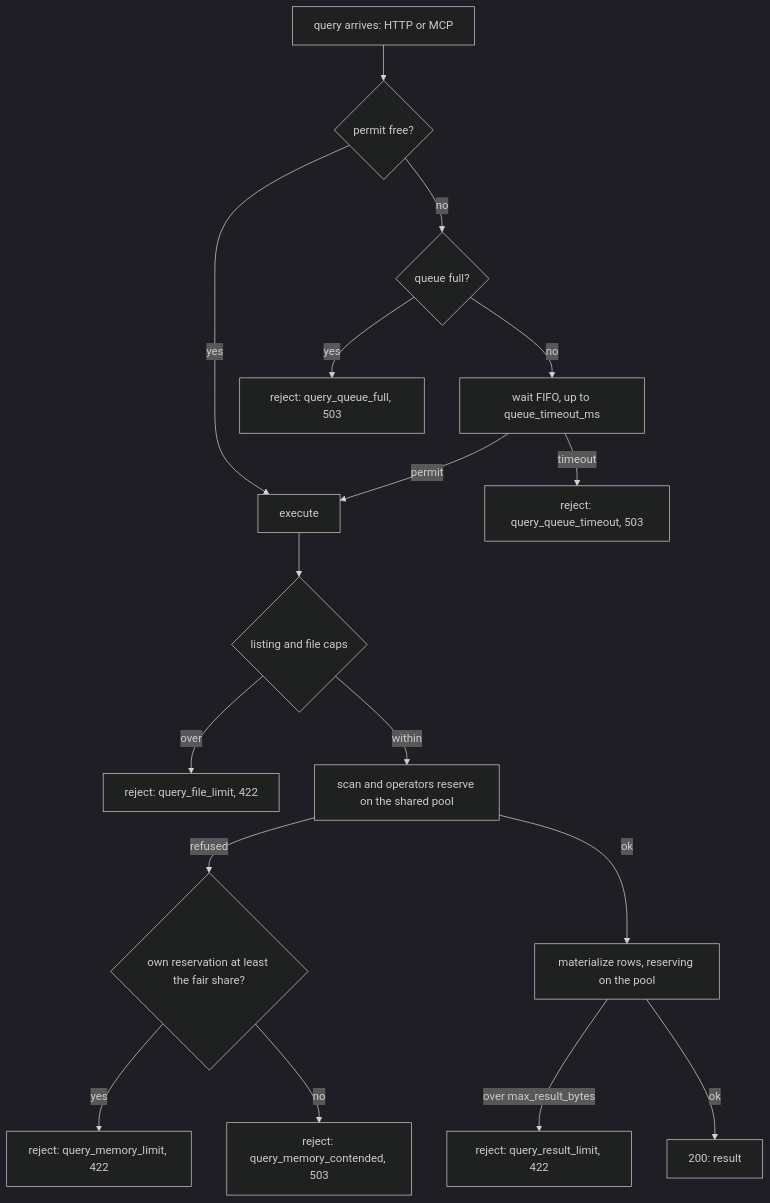
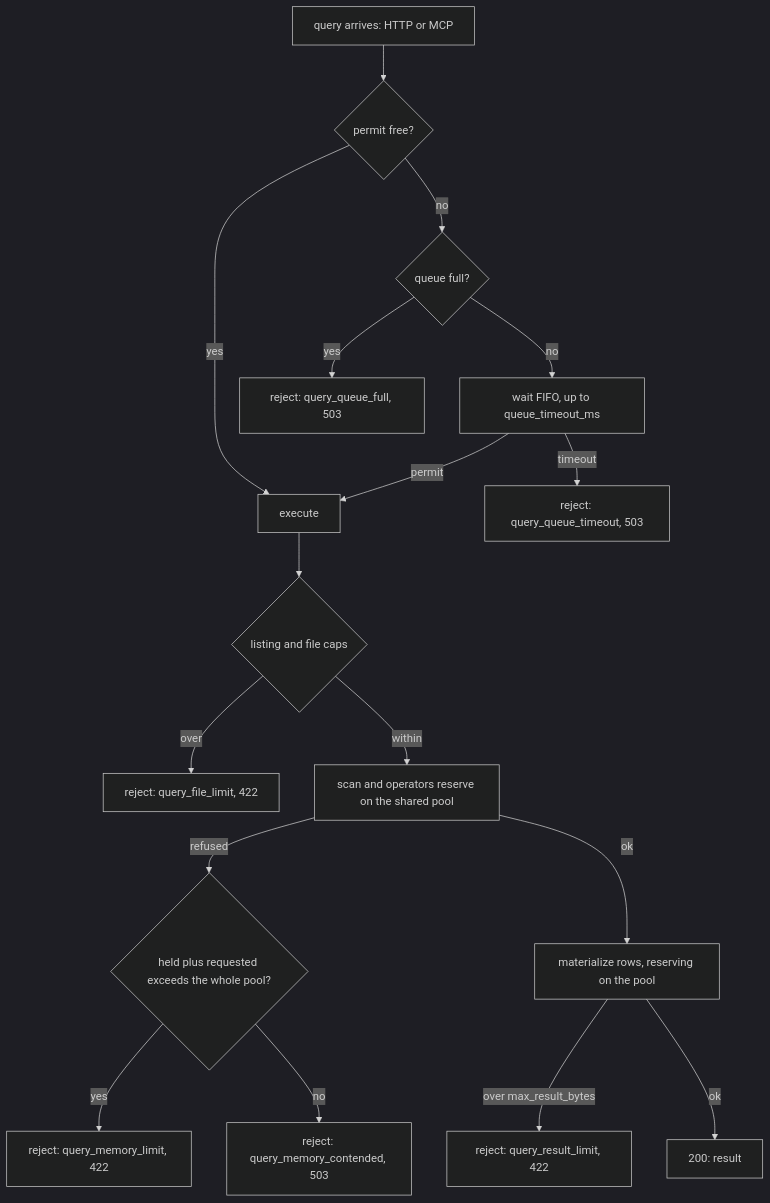
The diagram in docs/rfcs/0058-query-resource-limits.md (jensholdgaard/ourios), drawn with Mermaid (dark theme) before and after one commit. The commit also changed other lines of this file, not shown here.

````diff
--- a/docs/rfcs/0058-query-resource-limits.md
+++ b/docs/rfcs/0058-query-resource-limits.md
@@ -103,19 +103,19 @@
 ```mermaid
 flowchart TD
     R[query arrives: HTTP or MCP] --> A{permit free?}
     A -- yes --> X[execute]
     A -- no --> Q{queue full?}
     Q -- yes --> RF[reject: query_queue_full, 503]
     Q -- no --> W[wait FIFO, up to queue_timeout_ms]
     W -- permit --> X
     W -- timeout --> RT[reject: query_queue_timeout, 503]
     X --> L{listing and file caps}
     L -- over --> RL[reject: query_file_limit, 422]
     L -- within --> S[scan and operators reserve on the shared pool]
-    S -- refused --> M{own reservation at least the fair share?}
+    S -- refused --> M{held plus requested exceeds the whole pool?}
     M -- yes --> RM[reject: query_memory_limit, 422]
     M -- no --> RC[reject: query_memory_contended, 503]
     S -- ok --> C[materialize rows, reserving on the pool]
     C -- over max_result_bytes --> RR[reject: query_result_limit, 422]
     C -- ok --> OK[200: result]
 ```
````
